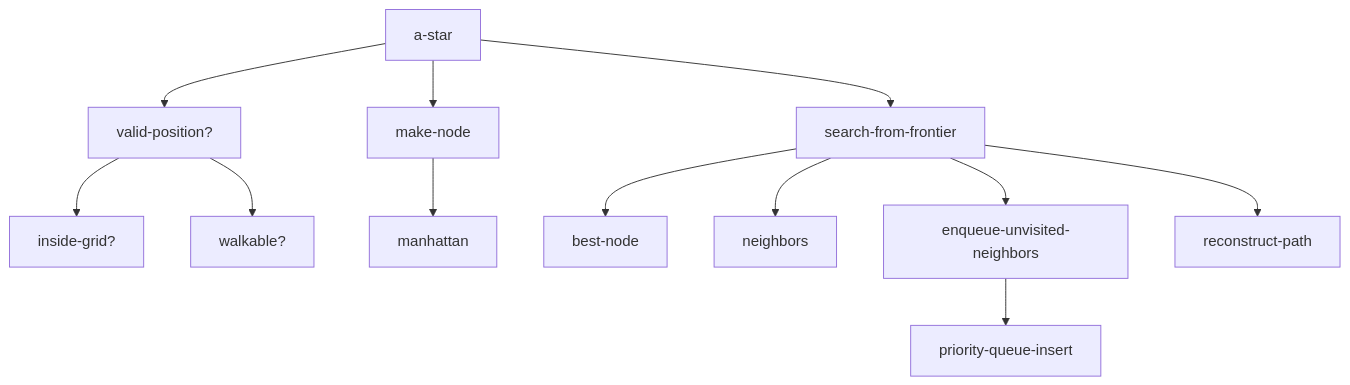
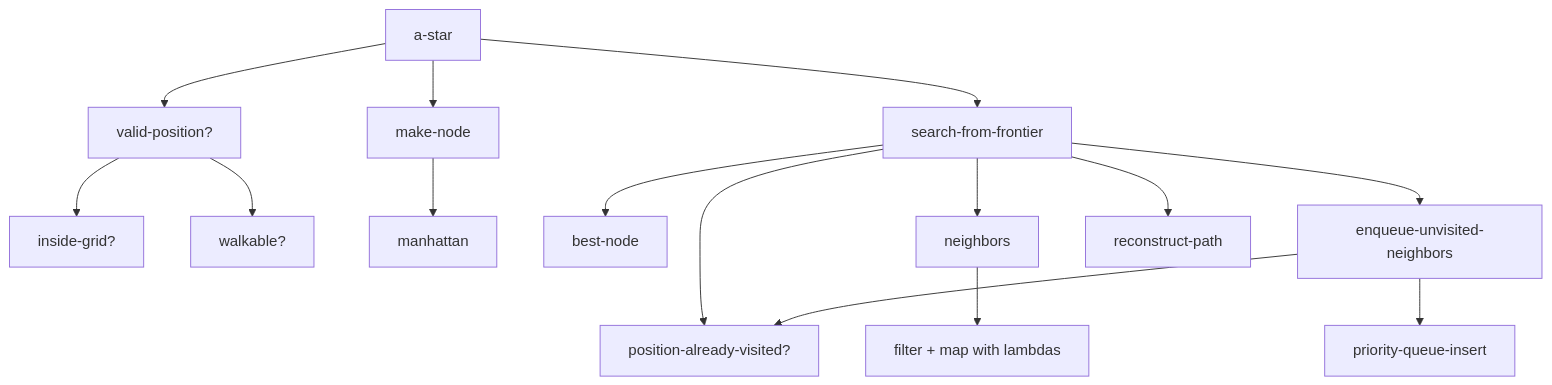
One commit to Berthou05/TC2037-Paradigm changed the second of 4 diagrams in README.md. Above: the diagram before and after it, drawn with Mermaid. The commit also changed other lines of this file and 21 other files, not shown here.

````diff
--- a/README.md
+++ b/README.md
@@ -306,14 +316,17 @@
-```mermaid
+``` mermaid
 flowchart TD
     A["a-star"] --> B["valid-position?"]
     B --> C["inside-grid?"]
     B --> D["walkable?"]
     A --> E["make-node"]
     E --> F["manhattan"]
     A --> G["search-from-frontier"]
     G --> H["best-node"]
-    G --> I["neighbors"]
-    G --> J["enqueue-unvisited-neighbors"]
-    J --> K["priority-queue-insert"]
-    G --> L["reconstruct-path"]
+    G --> I["position-already-visited?"]
+    G --> J["neighbors"]
+    J --> K["filter + map with lambdas"]
+    G --> L["enqueue-unvisited-neighbors"]
+    L --> I
+    L --> M["priority-queue-insert"]
+    G --> N["reconstruct-path"]
 ```
````
